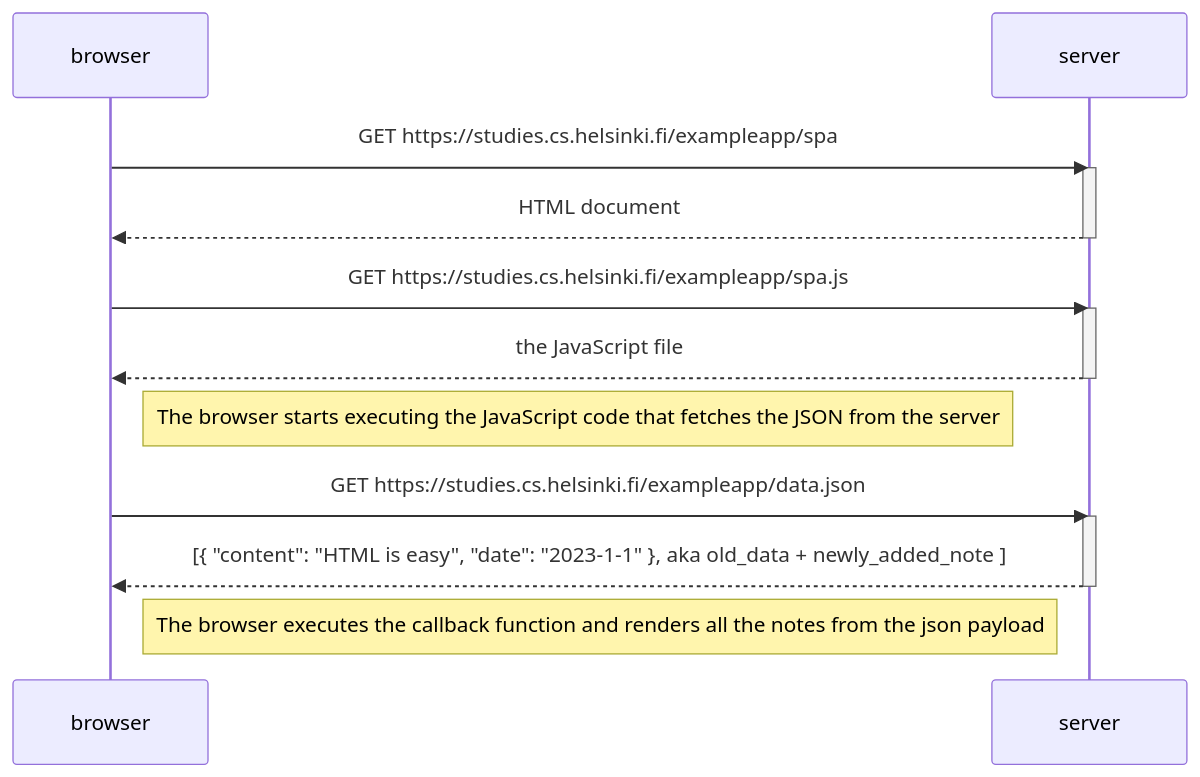
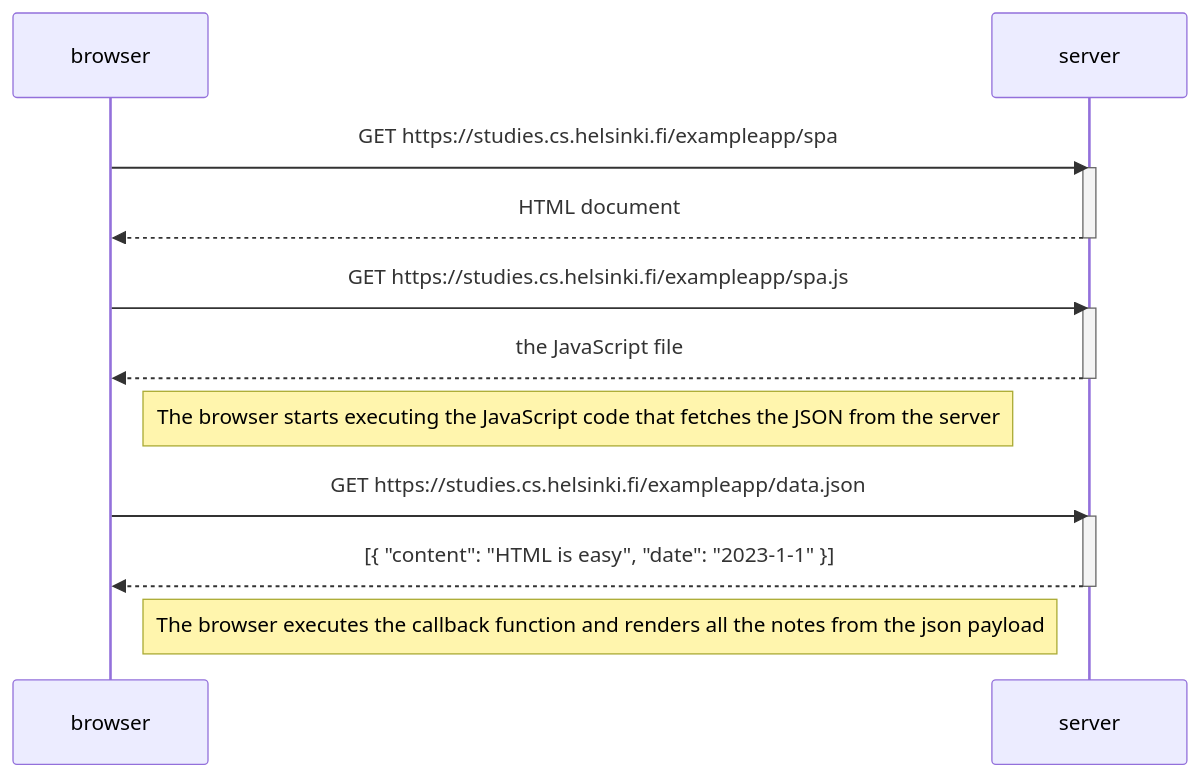
The diagram in part-0/5.md (harinda05/Fullstack-Open-UOH), drawn with Mermaid before and after one commit.

Commit message:
Loading the SPA - Action sequence diagram - minor fix in comments

````diff
--- a/part-0/5.md
+++ b/part-0/5.md
@@ -5,26 +5,26 @@
 ```mermaid
 sequenceDiagram
     participant browser
     participant server
 
     browser->>server: GET https://studies.cs.helsinki.fi/exampleapp/spa
 
     activate server
     server-->>browser: HTML document
     deactivate server
 
     browser->>server: GET https://studies.cs.helsinki.fi/exampleapp/spa.js
     activate server
     server-->>browser: the JavaScript file
     deactivate server
 
     Note right of browser: The browser starts executing the JavaScript code that fetches the JSON from the server
 
     browser->>server: GET https://studies.cs.helsinki.fi/exampleapp/data.json
     activate server
-    server-->>browser: [{ "content": "HTML is easy", "date": "2023-1-1" }, aka old_data + newly_added_note ]
+    server-->>browser: [{ "content": "HTML is easy", "date": "2023-1-1" }]
     deactivate server
 
     Note right of browser: The browser executes the callback function and renders all the notes from the json payload
 
 ```
````
